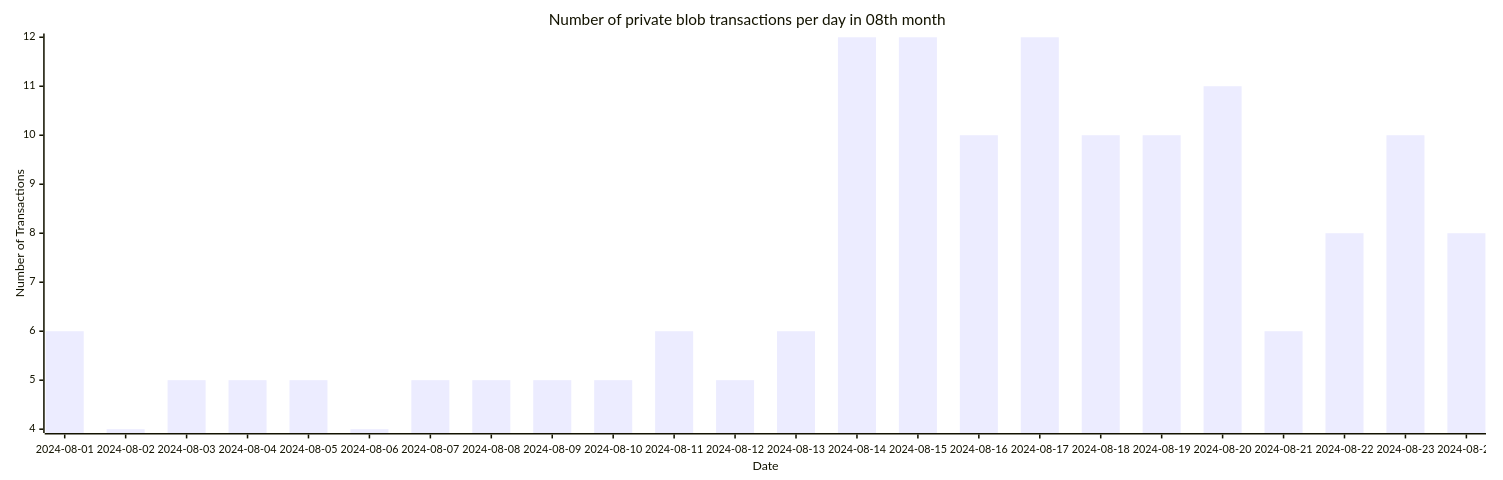
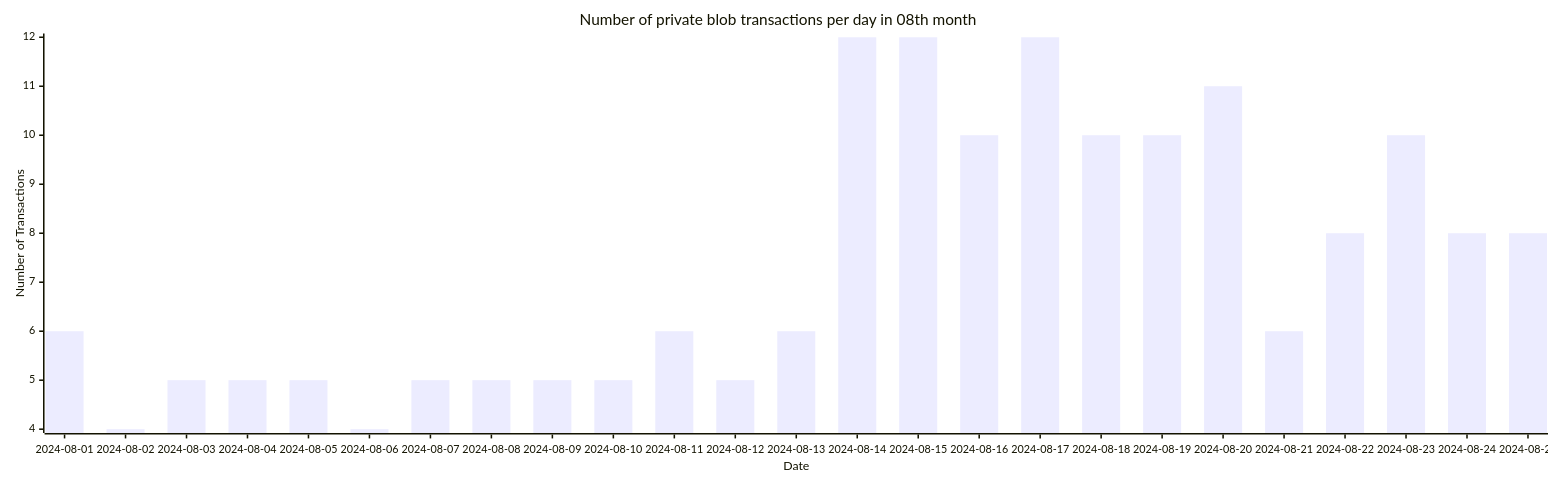
Before and after one commit to Amit0617/eip4844-data: the sixth of 6 diagrams in README.md, drawn with Mermaid. The commit also changed 1 other file, not shown here.

````diff
--- a/README.md
+++ b/README.md
@@ -66,12 +66,12 @@
 ```mermaid
 ---
 config:
     xyChart:
-        width: 1920
+        width: 2000
         height: 600
 ---
 xychart-beta title "Number of private blob transactions per day in 08th month"
-x-axis "Date" [2024-08-01,2024-08-02,2024-08-03,2024-08-04,2024-08-05,2024-08-06,2024-08-07,2024-08-08,2024-08-09,2024-08-10,2024-08-11,2024-08-12,2024-08-13,2024-08-14,2024-08-15,2024-08-16,2024-08-17,2024-08-18,2024-08-19,2024-08-20,2024-08-21,2024-08-22,2024-08-23,2024-08-24]
+x-axis "Date" [2024-08-01,2024-08-02,2024-08-03,2024-08-04,2024-08-05,2024-08-06,2024-08-07,2024-08-08,2024-08-09,2024-08-10,2024-08-11,2024-08-12,2024-08-13,2024-08-14,2024-08-15,2024-08-16,2024-08-17,2024-08-18,2024-08-19,2024-08-20,2024-08-21,2024-08-22,2024-08-23,2024-08-24,2024-08-25]
 y-axis "Number of Transactions"
-bar[6,4,5,5,5,4,5,5,5,5,6,5,6,12,12,10,12,10,10,11,6,8,10,8]
+bar[6,4,5,5,5,4,5,5,5,5,6,5,6,12,12,10,12,10,10,11,6,8,10,8,8]
 ```
````
